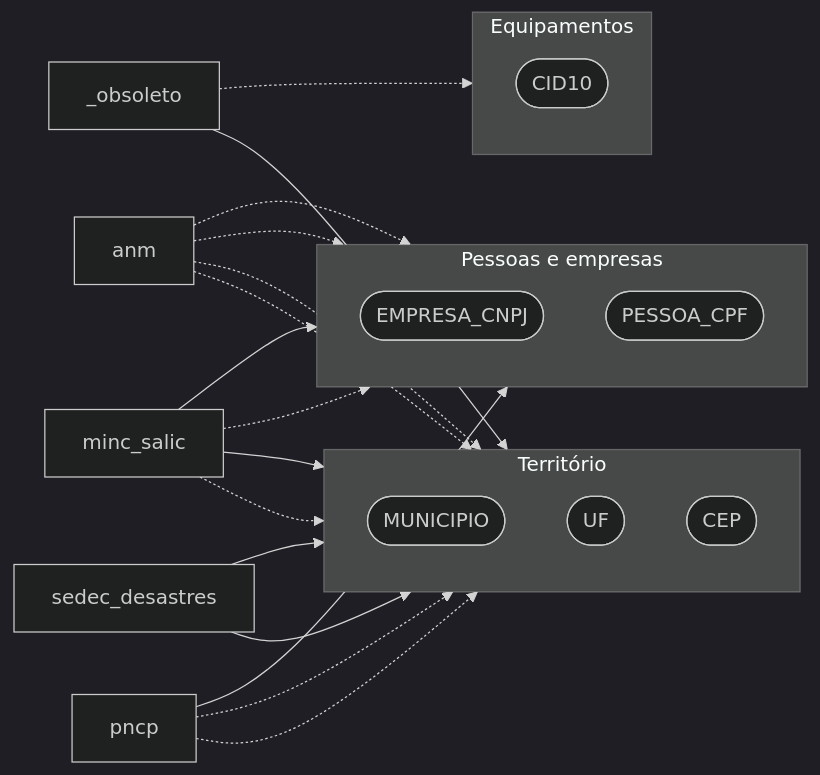
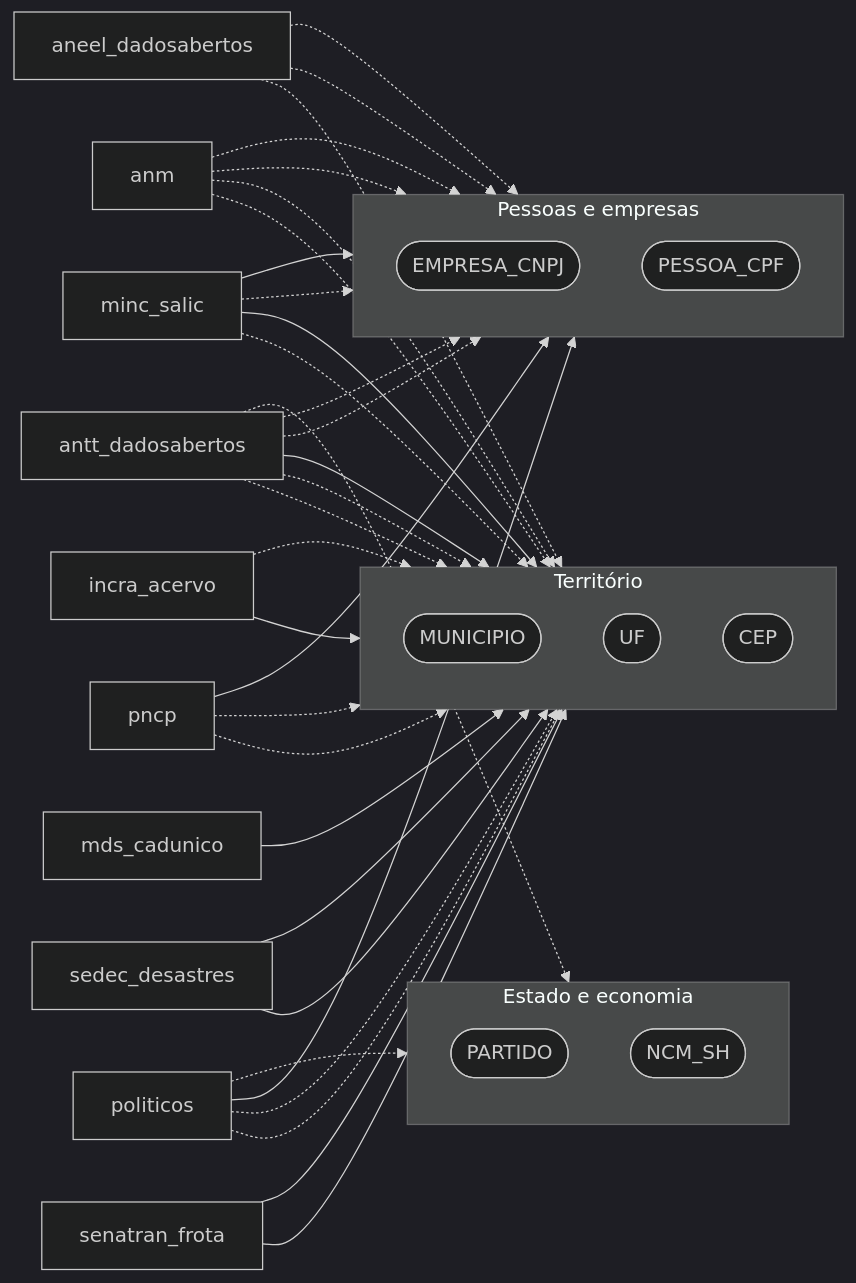
One commit to rafapolo/rodado changed diagram 12 of 12 in docs/mapa/Flow.md. Above: the diagram before and after it, drawn with Mermaid (dark theme). The commit also changed other lines of this file and 24 other files, not shown here.

````diff
--- a/docs/mapa/Flow.md
+++ b/docs/mapa/Flow.md
@@ -1021,38 +1034,60 @@
 ```mermaid
 flowchart LR
-    outros__obsoleto["_obsoleto"]
+    outros_br_aneel_dadosabertos["aneel_dadosabertos"]
     outros_br_anm["anm"]
+    outros_br_antt_dadosabertos["antt_dadosabertos"]
+    outros_br_incra_acervo["incra_acervo"]
+    outros_br_mds_cadunico["mds_cadunico"]
     outros_br_minc_salic["minc_salic"]
     outros_br_pncp["pncp"]
     outros_br_sedec_desastres["sedec_desastres"]
+    outros_br_senatran_frota["senatran_frota"]
+    outros_politicos["politicos"]
     subgraph outros_g_territ_rio["Território"]
         direction TB
         outros_MUNICIPIO(["MUNICIPIO"])
         outros_UF(["UF"])
         outros_CEP(["CEP"])
     end
     subgraph outros_g_pessoas_e_empresas["Pessoas e empresas"]
         direction TB
         outros_EMPRESA_CNPJ(["EMPRESA_CNPJ"])
         outros_PESSOA_CPF(["PESSOA_CPF"])
     end
-    subgraph outros_g_equipamentos["Equipamentos"]
+    subgraph outros_g_estado_e_economia["Estado e economia"]
         direction TB
-        outros_CID10(["CID10"])
+        outros_PARTIDO(["PARTIDO"])
+        outros_NCM_SH(["NCM_SH"])
     end
-    outros__obsoleto -.-> outros_CID10
-    outros__obsoleto --> outros_MUNICIPIO
+    outros_br_aneel_dadosabertos -.-> outros_EMPRESA_CNPJ
+    outros_br_aneel_dadosabertos -.-> outros_MUNICIPIO
+    outros_br_aneel_dadosabertos -.-> outros_PESSOA_CPF
     outros_br_anm -.-> outros_EMPRESA_CNPJ
     outros_br_anm -.-> outros_MUNICIPIO
     outros_br_anm -.-> outros_PESSOA_CPF
     outros_br_anm -.-> outros_UF
+    outros_br_antt_dadosabertos --> outros_CEP
+    outros_br_antt_dadosabertos -.-> outros_EMPRESA_CNPJ
+    outros_br_antt_dadosabertos -.-> outros_MUNICIPIO
+    outros_br_antt_dadosabertos -.-> outros_NCM_SH
+    outros_br_antt_dadosabertos -.-> outros_PESSOA_CPF
+    outros_br_antt_dadosabertos -.-> outros_UF
+    outros_br_incra_acervo -.-> outros_MUNICIPIO
+    outros_br_incra_acervo --> outros_UF
+    outros_br_mds_cadunico --> outros_MUNICIPIO
     outros_br_minc_salic --> outros_CEP
     outros_br_minc_salic --> outros_EMPRESA_CNPJ
     outros_br_minc_salic -.-> outros_PESSOA_CPF
     outros_br_minc_salic -.-> outros_UF
     outros_br_pncp --> outros_EMPRESA_CNPJ
     outros_br_pncp -.-> outros_MUNICIPIO
     outros_br_pncp -.-> outros_UF
     outros_br_sedec_desastres --> outros_MUNICIPIO
     outros_br_sedec_desastres --> outros_UF
+    outros_br_senatran_frota --> outros_MUNICIPIO
+    outros_br_senatran_frota --> outros_UF
+    outros_politicos -.-> outros_MUNICIPIO
+    outros_politicos -.-> outros_PARTIDO
+    outros_politicos --> outros_PESSOA_CPF
+    outros_politicos -.-> outros_UF
 ```
````
